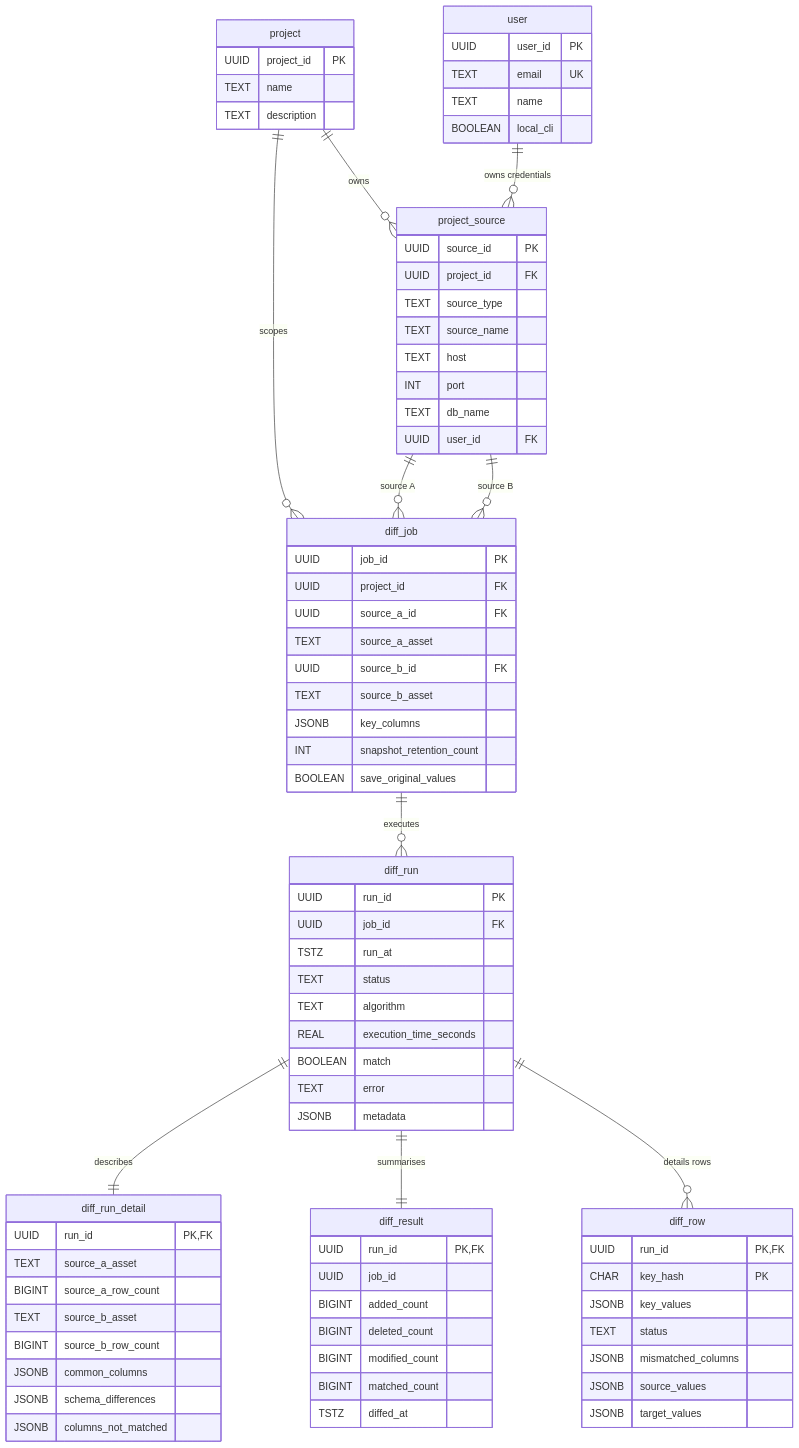
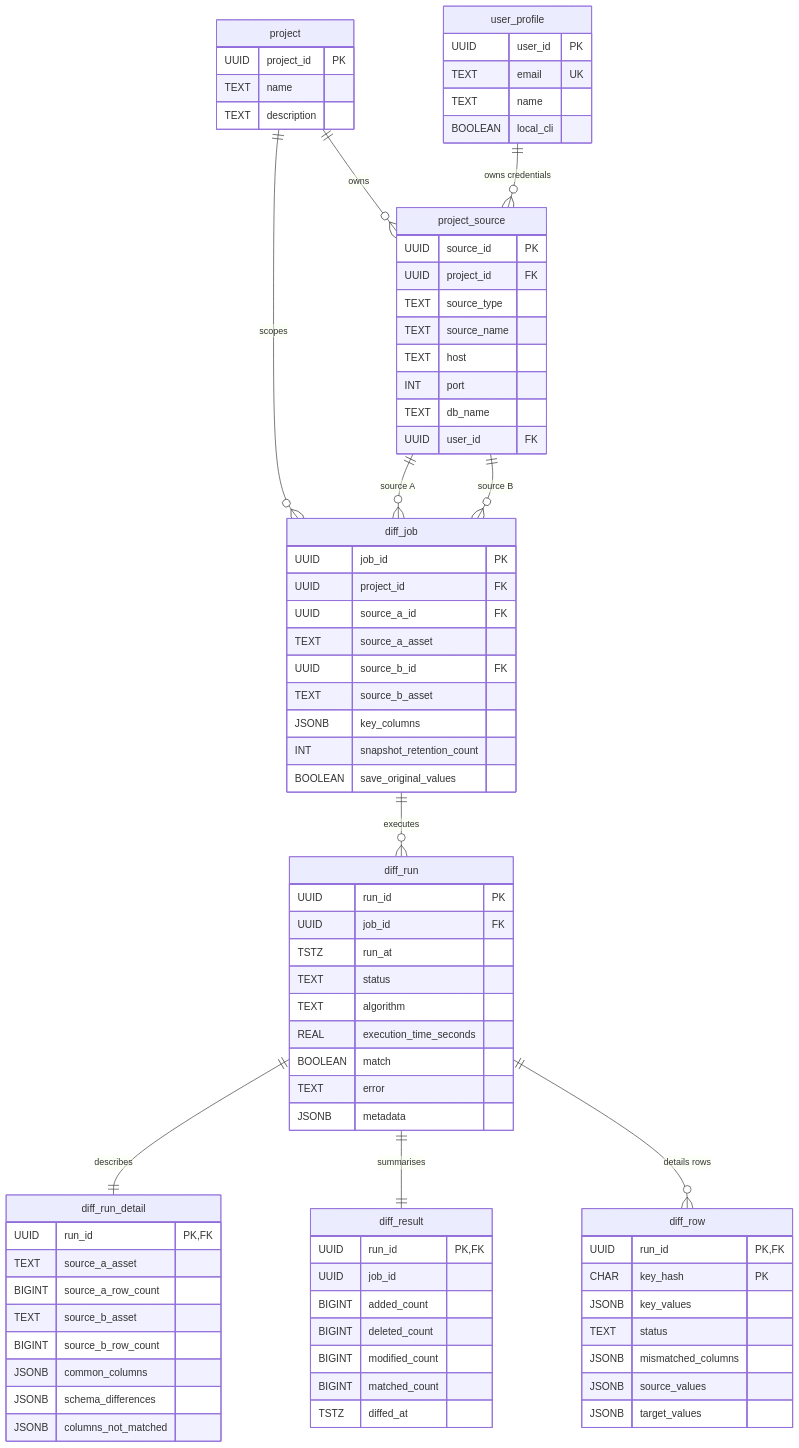
The diagram in PERSISTENCE.md (stratusstack/DiMer), drawn with Mermaid before and after one commit. The commit also changed other lines of this file and 14 other files, not shown here.

Commit message:
schema refactored and data added for testing

```diff
--- a/PERSISTENCE.md
+++ b/PERSISTENCE.md
@@ -29,7 +31,7 @@
 erDiagram
     project ||--o{ project_source : "owns"
     project ||--o{ diff_job       : "scopes"
-    user    ||--o{ project_source : "owns credentials"
+    user_profile ||--o{ project_source : "owns credentials"
 
     project_source ||--o{ diff_job : "source A"
     project_source ||--o{ diff_job : "source B"
@@ -44,7 +46,7 @@
         TEXT  name
         TEXT  description
     }
-    user {
+    user_profile {
         UUID    user_id    PK
         TEXT    email      UK
         TEXT    name
```
